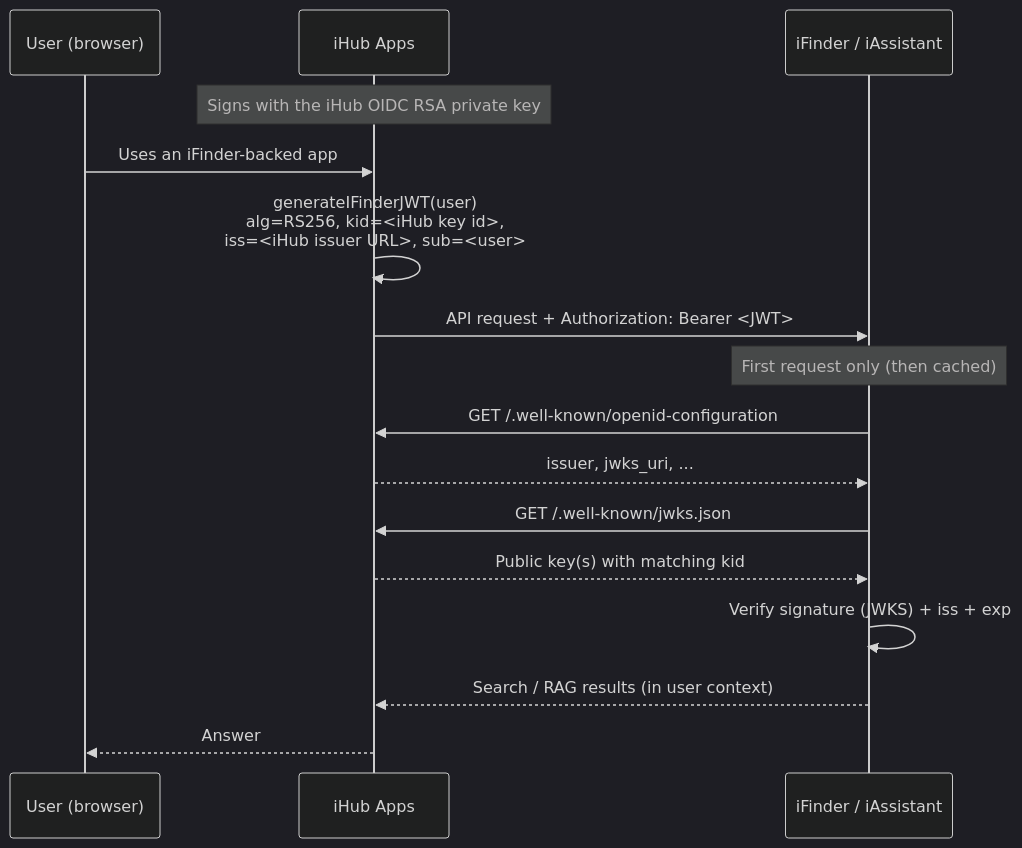
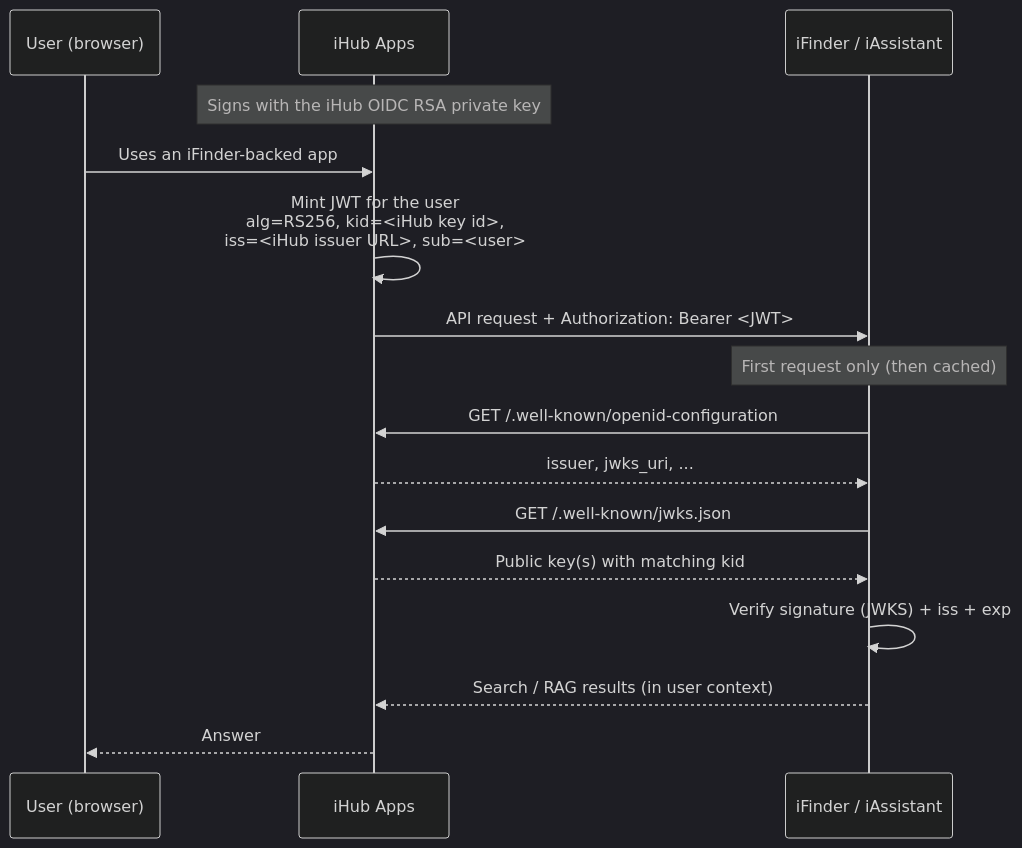
One commit to intrafind/ihub-apps changed the diagram in docs/ifinder-oidc-jwt.md. Above: the diagram before and after it, drawn with Mermaid (dark theme). The commit also changed other lines of this file and 4 other files, not shown here.

````diff
--- a/docs/ifinder-oidc-jwt.md
+++ b/docs/ifinder-oidc-jwt.md
@@ -76,21 +43,21 @@
 ```mermaid
 sequenceDiagram
     participant U as User (browser)
     participant H as iHub Apps
     participant F as iFinder / iAssistant
 
     Note over H: Signs with the iHub OIDC RSA private key
     U->>H: Uses an iFinder-backed app
-    H->>H: generateIFinderJWT(user)<br/>alg=RS256, kid=#lt;iHub key id#gt;,<br/>iss=#lt;iHub issuer URL#gt;, sub=#lt;user#gt;
+    H->>H: Mint JWT for the user<br/>alg=RS256, kid=#lt;iHub key id#gt;,<br/>iss=#lt;iHub issuer URL#gt;, sub=#lt;user#gt;
     H->>F: API request + Authorization: Bearer #lt;JWT#gt;
 
     Note over F: First request only (then cached)
     F->>H: GET /.well-known/openid-configuration
     H-->>F: issuer, jwks_uri, ...
     F->>H: GET /.well-known/jwks.json
     H-->>F: Public key(s) with matching kid
 
     F->>F: Verify signature (JWKS) + iss + exp
     F-->>H: Search / RAG results (in user context)
     H-->>U: Answer
 ```
````
